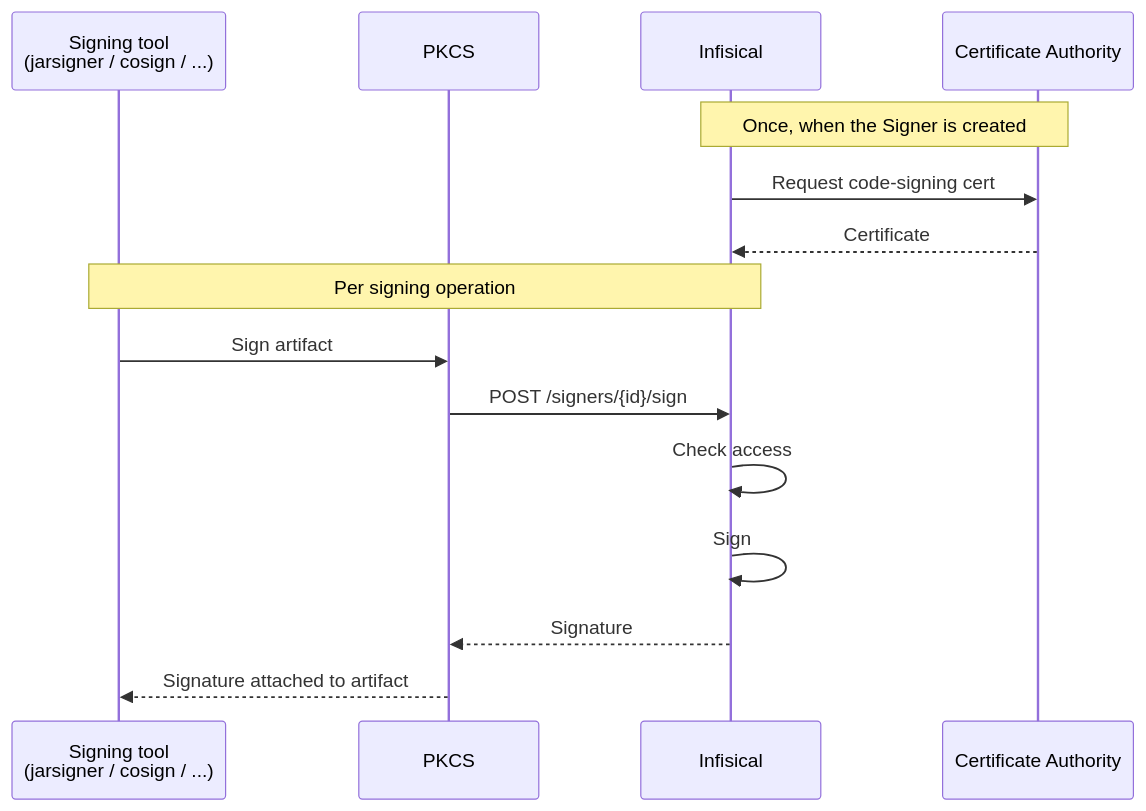
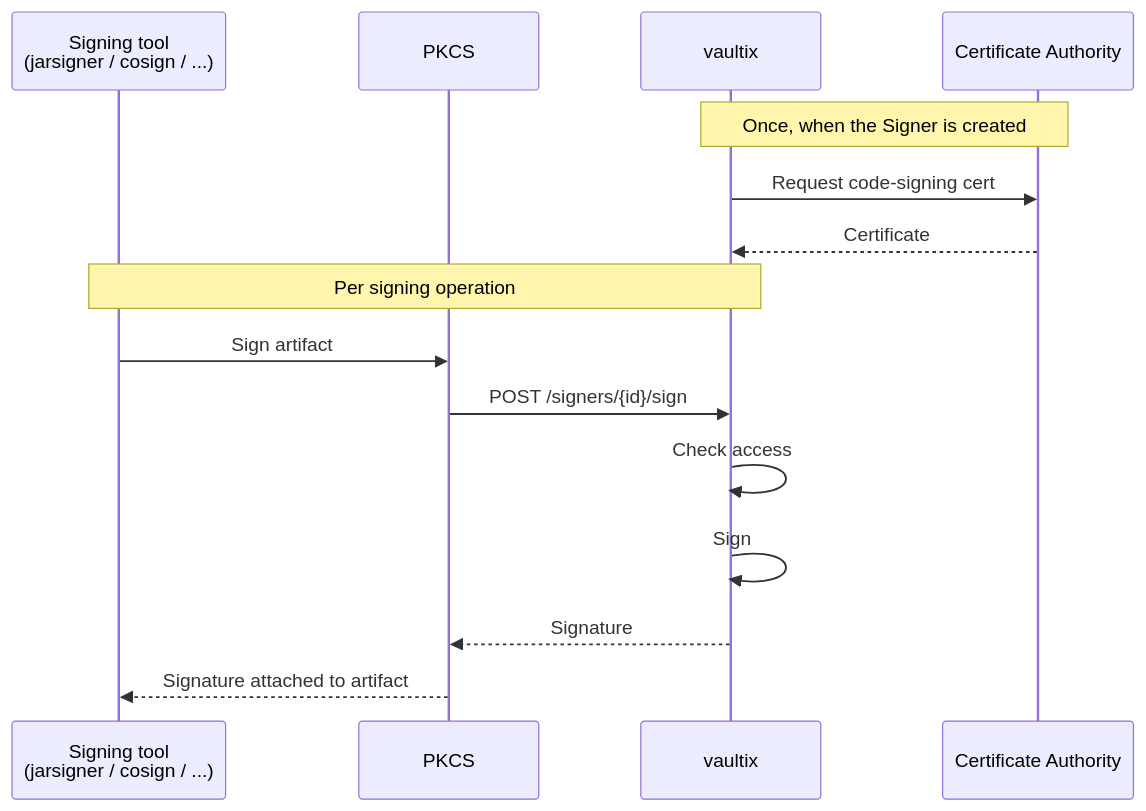
One commit to shippinAI/vaultix changed the diagram in core/docs/documentation/platform/pki/code-signing/overview.mdx. Above: the diagram before and after it, drawn with Mermaid. The commit also changed other lines of this file and 1202 other files, not shown here.

````diff
--- a/core/docs/documentation/platform/pki/code-signing/overview.mdx
+++ b/core/docs/documentation/platform/pki/code-signing/overview.mdx
@@ -35,19 +35,19 @@
 ```mermaid
 sequenceDiagram
     participant Tool as Signing tool<br/>(jarsigner / cosign / ...)
     participant PKCS as PKCS#11 Module
-    participant Infisical as Infisical
+    participant vaultix as vaultix
     participant CA as Certificate Authority
 
-    Note over Infisical,CA: Once, when the Signer is created
-    Infisical->>CA: Request code-signing cert
-    CA-->>Infisical: Certificate
+    Note over vaultix,CA: Once, when the Signer is created
+    vaultix->>CA: Request code-signing cert
+    CA-->>vaultix: Certificate
 
-    Note over Tool,Infisical: Per signing operation
+    Note over Tool,vaultix: Per signing operation
     Tool->>PKCS: Sign artifact
-    PKCS->>Infisical: POST /signers/{id}/sign
-    Infisical->>Infisical: Check access
-    Infisical->>Infisical: Sign
-    Infisical-->>PKCS: Signature
+    PKCS->>vaultix: POST /signers/{id}/sign
+    vaultix->>vaultix: Check access
+    vaultix->>vaultix: Sign
+    vaultix-->>PKCS: Signature
     PKCS-->>Tool: Signature attached to artifact
 ```
````
